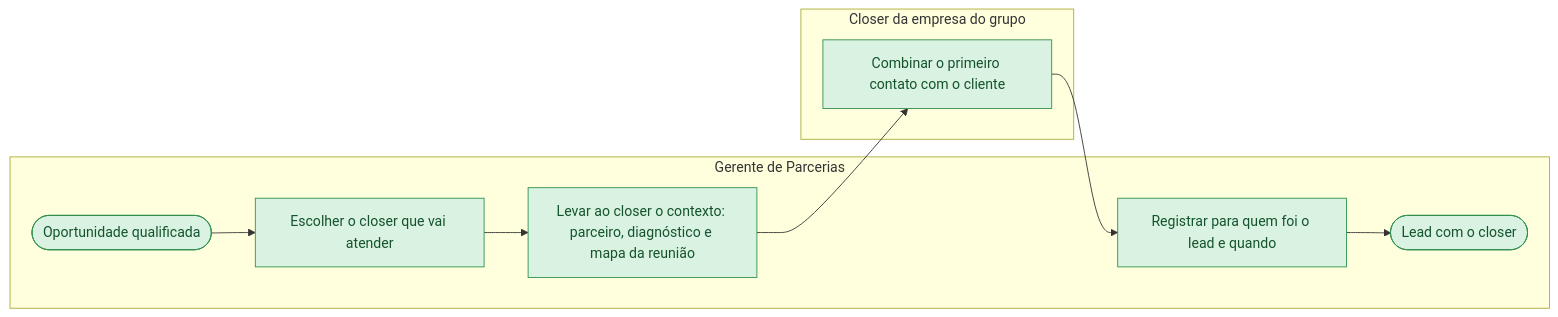
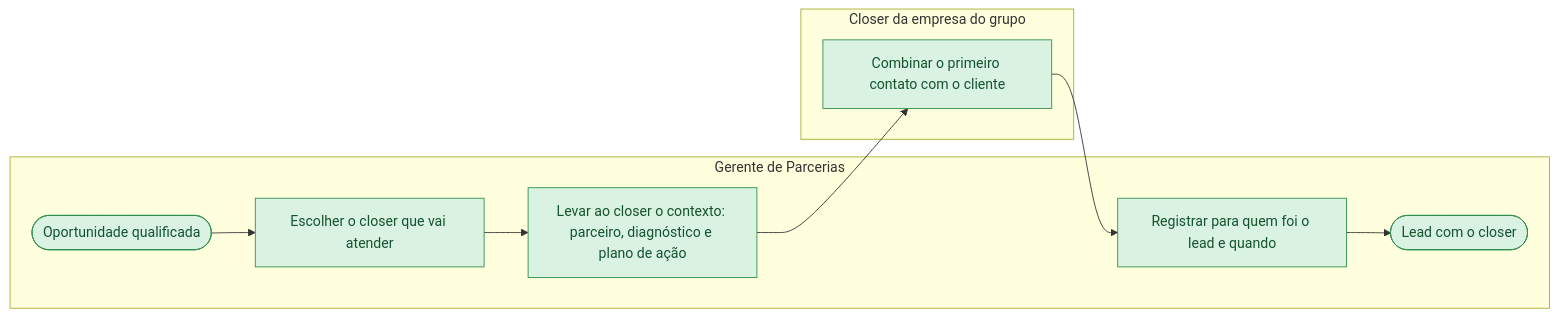
The diagram in mapeamentos/wise-partners-to-be/saidas/mermaid/fluxo-6-3-entregar-o-lead-ao-closer.mmd (Guilherme-MFaccin/Wise-Partners), drawn with Mermaid before and after one commit. The commit also changed 142 other files, not shown here.

```diff
--- a/mapeamentos/wise-partners-to-be/saidas/mermaid/fluxo-6-3-entregar-o-lead-ao-closer.mmd
+++ b/mapeamentos/wise-partners-to-be/saidas/mermaid/fluxo-6-3-entregar-o-lead-ao-closer.mmd
@@ -1,20 +1,20 @@
 flowchart LR
     classDef confirmado fill:#D9F2E1,stroke:#2F8F4E,color:#14532D
     classDef declarado fill:#FFF3C4,stroke:#B8860B,color:#5C4300
     classDef hipotese fill:#FFFFFF,stroke:#8A9099,color:#3F4650,stroke-dasharray: 5 5
     classDef contestado fill:#FDE2E1,stroke:#C53030,color:#7F1D1D
     subgraph raia_PA_01 ["Gerente de Parcerias"]
       n_i1(["Oportunidade qualificada"]):::confirmado
       n_t1["Escolher o closer que vai atender"]:::confirmado
-      n_t2["Levar ao closer o contexto: parceiro, diagnóstico e mapa da reunião"]:::confirmado
+      n_t2["Levar ao closer o contexto: parceiro, diagnóstico e plano de ação"]:::confirmado
       n_t4["Registrar para quem foi o lead e quando"]:::confirmado
       n_f1(["Lead com o closer"]):::confirmado
     end
     subgraph raia_PA_03 ["Closer da empresa do grupo"]
       n_t3["Combinar o primeiro contato com o cliente"]:::confirmado
     end
     n_i1 --> n_t1
     n_t1 --> n_t2
     n_t2 --> n_t3
     n_t3 --> n_t4
     n_t4 --> n_f1
```
